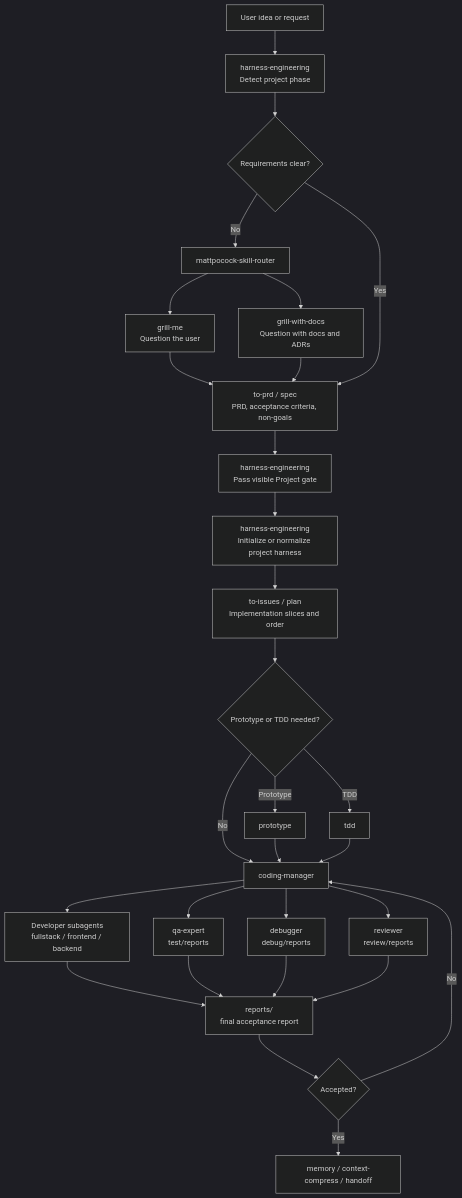
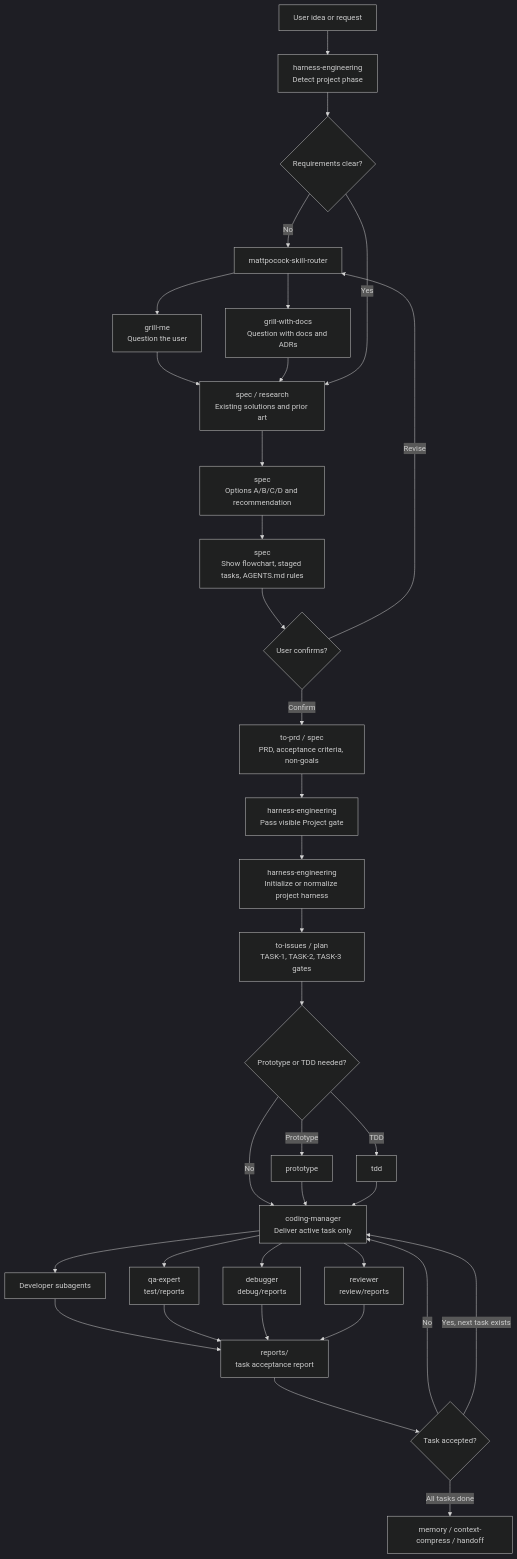
One commit to wantedfast/harness-engineering-wang changed the first of 2 diagrams in README.md. Above: the diagram before and after it, drawn with Mermaid (dark theme). The commit also changed other lines of this file and 3 other files, not shown here.

Commit message:
Require researched PRD options and staged gates

````diff
--- a/README.md
+++ b/README.md
@@ -96,31 +104,37 @@
 ```mermaid
 flowchart TD
     A["User idea or request"] --> B["harness-engineering<br/>Detect project phase"]
     B --> C{"Requirements clear?"}
     C -- "No" --> D["mattpocock-skill-router"]
     D --> E["grill-me<br/>Question the user"]
     D --> F["grill-with-docs<br/>Question with docs and ADRs"]
-    E --> G["to-prd / spec<br/>PRD, acceptance criteria, non-goals"]
+    E --> G["spec / research<br/>Existing solutions and prior art"]
     F --> G
     C -- "Yes" --> G
-    G --> H["harness-engineering<br/>Pass visible Project gate"]
-    H --> H2["harness-engineering<br/>Initialize or normalize project harness"]
-    H2 --> I["to-issues / plan<br/>Implementation slices and order"]
-    I --> J{"Prototype or TDD needed?"}
-    J -- "Prototype" --> K["prototype"]
-    J -- "TDD" --> L["tdd"]
-    J -- "No" --> M["coding-manager"]
-    K --> M
-    L --> M
-    M --> N["Developer subagents<br/>fullstack / frontend / backend"]
-    M --> O["qa-expert<br/>test/reports"]
-    M --> P["debugger<br/>debug/reports"]
-    M --> Q["reviewer<br/>review/reports"]
-    N --> R["reports/<br/>final acceptance report"]
-    O --> R
+    G --> H["spec<br/>Options A/B/C/D and recommendation"]
+    H --> I["spec<br/>Show flowchart, staged tasks, AGENTS.md rules"]
+    I --> J{"User confirms?"}
+    J -- "Revise" --> D
+    J -- "Confirm" --> K["to-prd / spec<br/>PRD, acceptance criteria, non-goals"]
+    K --> L["harness-engineering<br/>Pass visible Project gate"]
+    L --> M["harness-engineering<br/>Initialize or normalize project harness"]
+    M --> N["to-issues / plan<br/>TASK-1, TASK-2, TASK-3 gates"]
+    N --> O{"Prototype or TDD needed?"}
+    O -- "Prototype" --> P["prototype"]
+    O -- "TDD" --> Q["tdd"]
+    O -- "No" --> R["coding-manager<br/>Deliver active task only"]
     P --> R
     Q --> R
-    R --> S{"Accepted?"}
-    S -- "No" --> M
-    S -- "Yes" --> T["memory / context-compress / handoff"]
+    R --> S["Developer subagents"]
+    R --> T["qa-expert<br/>test/reports"]
+    R --> U["debugger<br/>debug/reports"]
+    R --> V["reviewer<br/>review/reports"]
+    S --> W["reports/<br/>task acceptance report"]
+    T --> W
+    U --> W
+    V --> W
+    W --> X{"Task accepted?"}
+    X -- "No" --> R
+    X -- "Yes, next task exists" --> R
+    X -- "All tasks done" --> Y["memory / context-compress / handoff"]
 ```
````
